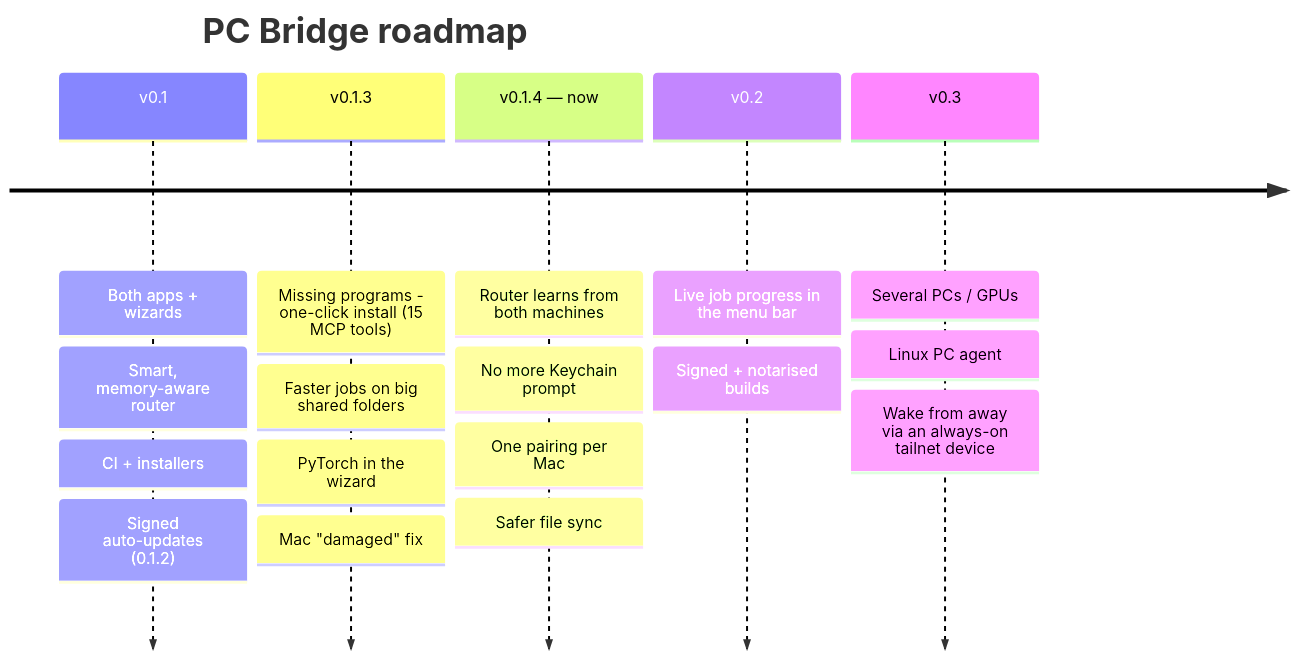
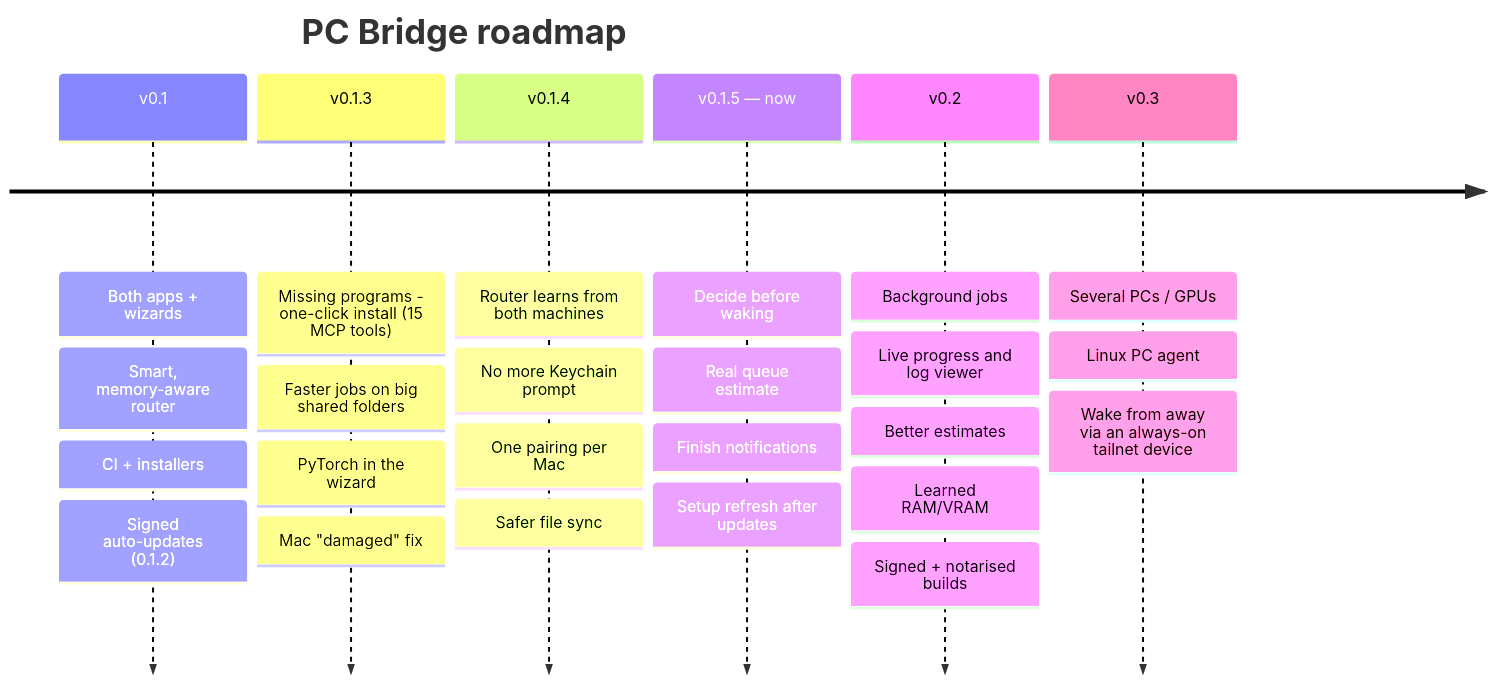
The diagram in ROADMAP.md (walidriachy/pc-gpu-bridge), drawn with Mermaid before and after one commit. The commit also changed other lines of this file and 10 other files, not shown here.

Commit message:
Release 0.1.5; v0.2 plan in the roadmap

````diff
--- a/ROADMAP.md
+++ b/ROADMAP.md
@@ -130,9 +153,10 @@
 ```mermaid
 timeline
   title PC Bridge roadmap
   v0.1 : Both apps + wizards : Smart, memory-aware router : CI + installers : Signed auto-updates (0.1.2)
   v0.1.3 : Missing programs - one-click install (15 MCP tools) : Faster jobs on big shared folders : PyTorch in the wizard : Mac "damaged" fix
-  v0.1.4 — now : Router learns from both machines : No more Keychain prompt : One pairing per Mac : Safer file sync
-  v0.2 : Live job progress in the menu bar : Signed + notarised builds
+  v0.1.4 : Router learns from both machines : No more Keychain prompt : One pairing per Mac : Safer file sync
+  v0.1.5 — now : Decide before waking : Real queue estimate : Finish notifications : Setup refresh after updates
+  v0.2 : Background jobs : Live progress and log viewer : Better estimates : Learned RAM/VRAM : Signed + notarised builds
   v0.3 : Several PCs / GPUs : Linux PC agent : Wake from away via an always-on tailnet device
 ```
````
